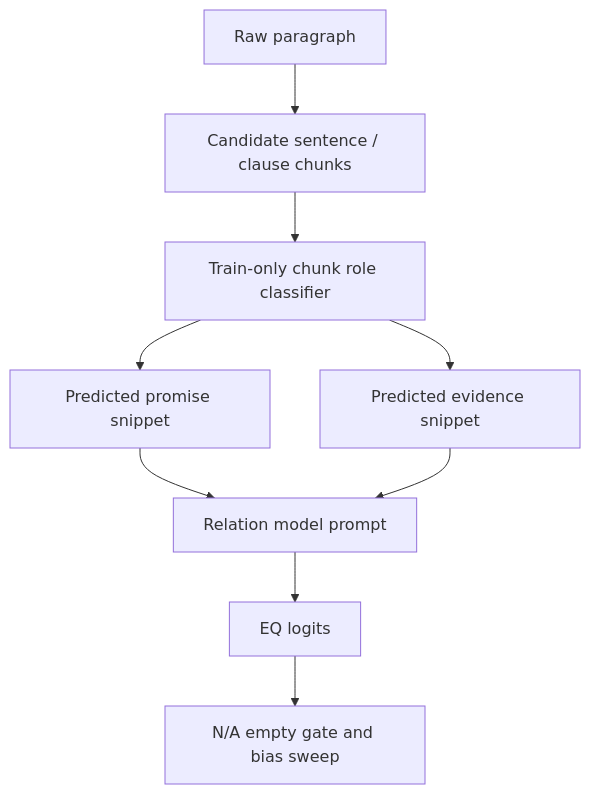
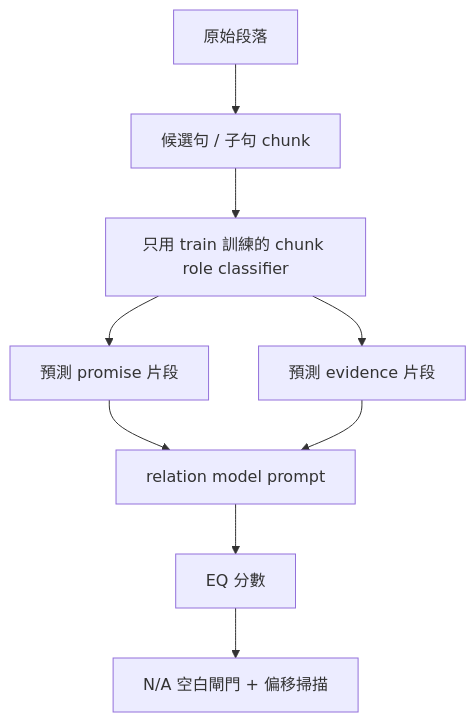
One commit to Hank0503oUo/veripromise-esg-competition-architecture changed the seventh of 8 diagrams in README.md. Above: the diagram before and after it, drawn with Mermaid. The commit also changed other lines of this file, not shown here.

````diff
--- a/README.md
+++ b/README.md
@@ -381,11 +354,11 @@
 ```mermaid
 flowchart TB
-    text["Raw paragraph"] --> chunks["Candidate sentence / clause chunks"]
-    chunks --> roleModel["Train-only chunk role classifier"]
-    roleModel --> promiseSplit["Predicted promise snippet"]
-    roleModel --> evidenceSplit["Predicted evidence snippet"]
-    promiseSplit --> relationModel["Relation model prompt"]
+    text["原始段落"] --> chunks["候選句 / 子句 chunk"]
+    chunks --> roleModel["只用 train 訓練的 chunk role classifier"]
+    roleModel --> promiseSplit["預測 promise 片段"]
+    roleModel --> evidenceSplit["預測 evidence 片段"]
+    promiseSplit --> relationModel["relation model prompt"]
     evidenceSplit --> relationModel
-    relationModel --> eqPred["EQ logits"]
-    eqPred --> emptyGate["N/A empty gate and bias sweep"]
+    relationModel --> eqPred["EQ 分數"]
+    eqPred --> emptyGate["N/A 空白閘門 + 偏移掃描"]
 ```
````
